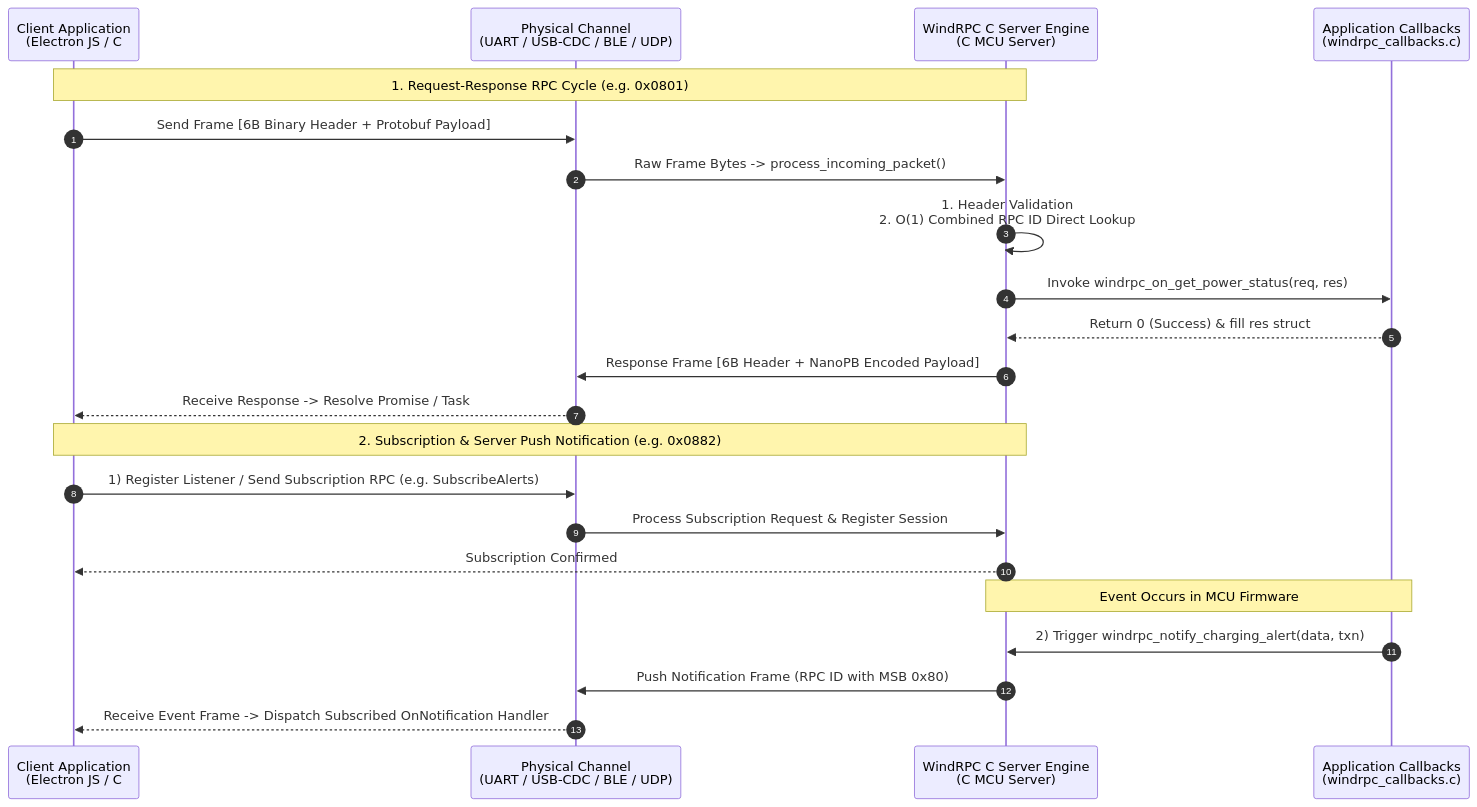
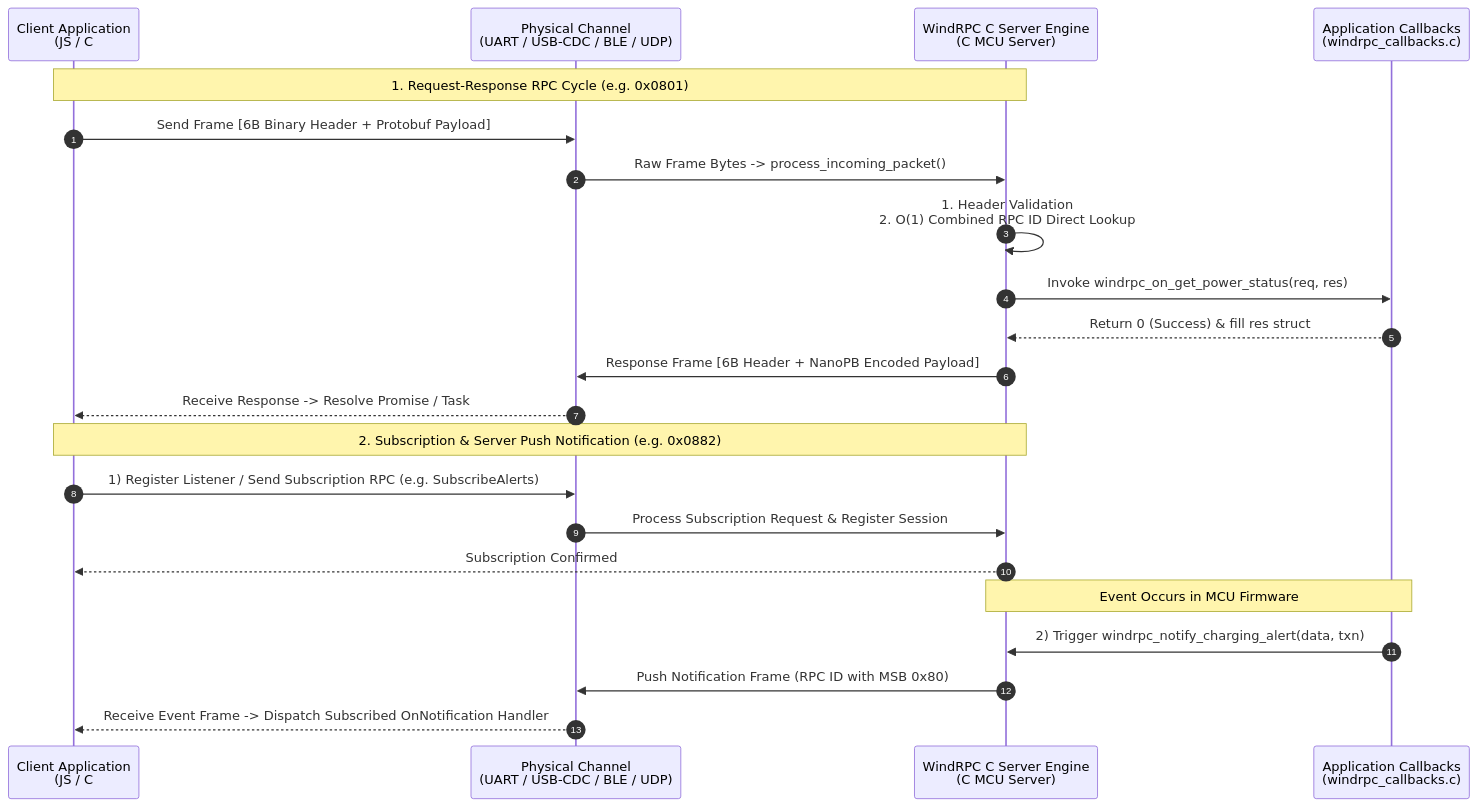
The second of 2 diagrams in README.md (micro-artwork/windrpc), drawn with Mermaid before and after one commit. The commit also changed other lines of this file and 1 other file, not shown here.

Commit message:
docs: consolidate client SDK boxes into single node with per-language breakdown in diagrams

````diff
--- a/README.md
+++ b/README.md
@@ -44,26 +43,26 @@
 ```mermaid
 sequenceDiagram
     autonumber
-    participant Client as Client Application<br/>(Electron JS / C# WinForms)
+    participant Client as Client Application<br/>(JS / C# / Python)
     participant Transport as Physical Channel<br/>(UART / USB-CDC / BLE / UDP)
     participant Engine as WindRPC C Server Engine<br/>(C MCU Server)
     participant App as Application Callbacks<br/>(windrpc_callbacks.c)
 
     Note over Client, Engine: 1. Request-Response RPC Cycle (e.g. 0x0801)
     Client->>Transport: Send Frame [6B Binary Header + Protobuf Payload]
     Transport->>Engine: Raw Frame Bytes -> process_incoming_packet()
     Engine->>Engine: 1. Header Validation<br/>2. O(1) Combined RPC ID Direct Lookup
     Engine->>App: Invoke windrpc_on_get_power_status(req, res)
     App-->>Engine: Return 0 (Success) & fill res struct
     Engine->>Transport: Response Frame [6B Header + NanoPB Encoded Payload]
     Transport-->>Client: Receive Response -> Resolve Promise / Task
 
     Note over Client, Engine: 2. Subscription & Server Push Notification (e.g. 0x0882)
     Client->>Transport: 1) Register Listener / Send Subscription RPC (e.g. SubscribeAlerts)
     Transport->>Engine: Process Subscription Request & Register Session
     Engine-->>Client: Subscription Confirmed
     Note over Engine, App: Event Occurs in MCU Firmware
     App->>Engine: 2) Trigger windrpc_notify_charging_alert(data, txn)
     Engine->>Transport: Push Notification Frame (RPC ID with MSB 0x80)
     Transport-->>Client: Receive Event Frame -> Dispatch Subscribed OnNotification Handler
 ```
````
